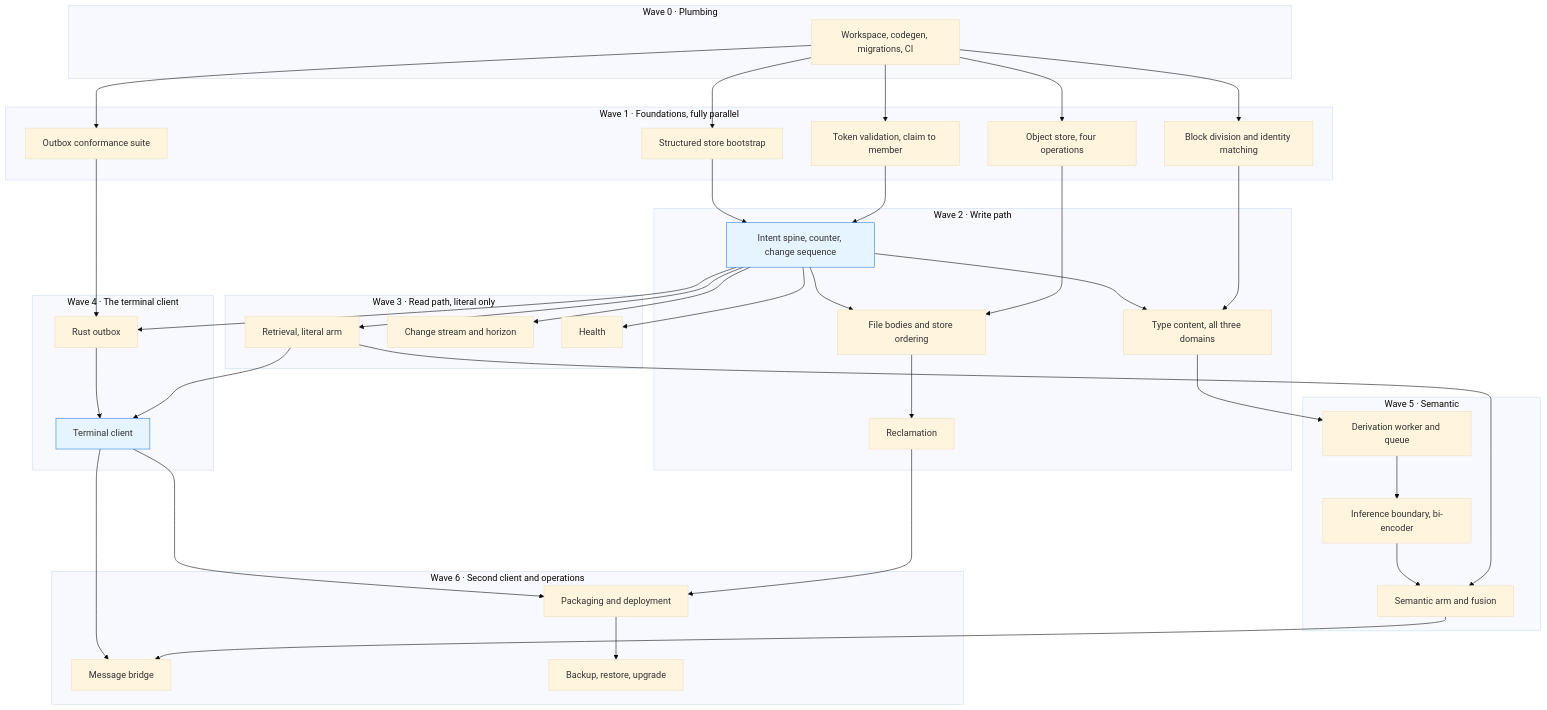
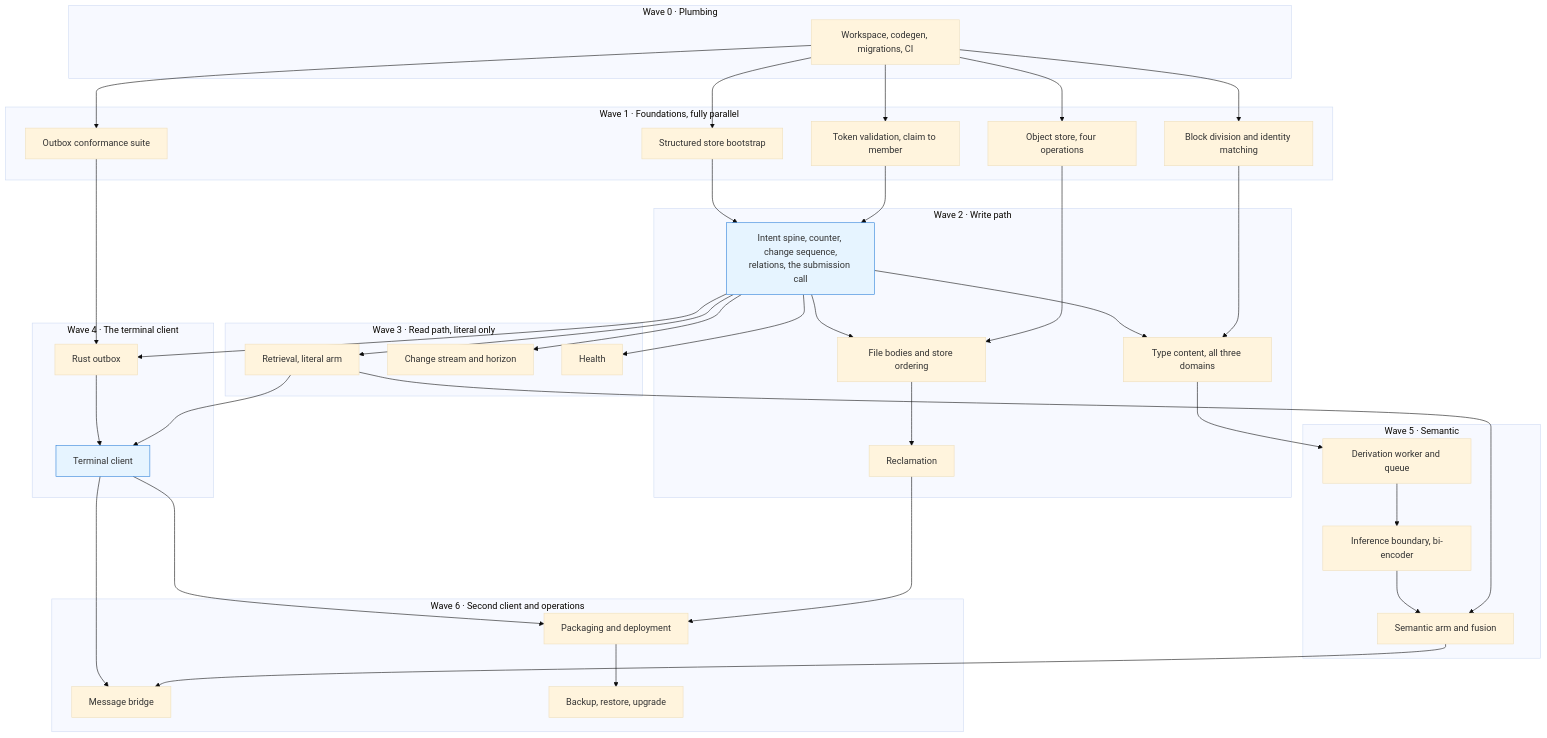
Before and after one commit to getaltair/altair: the diagram in docs/altair-v0-implementation-plan.md, drawn with Mermaid (base theme). The commit also changed other lines of this file and 1 other file, not shown here.

````diff
--- a/docs/altair-v0-implementation-plan.md
+++ b/docs/altair-v0-implementation-plan.md
@@ -44,81 +44,81 @@
 ```mermaid
 flowchart TB
     subgraph W0["Wave 0 · Plumbing"]
         G1["Workspace, codegen, migrations, CI"]
     end
 
     subgraph W1["Wave 1 · Foundations, fully parallel"]
         F1["Structured store bootstrap"]
         F2["Block division and identity matching"]
         F3["Object store, four operations"]
         F4["Token validation, claim to member"]
         F5["Outbox conformance suite"]
     end
 
     subgraph W2["Wave 2 · Write path"]
-        A1["Intent spine, counter, change sequence"]
+        A1["Intent spine, counter, change sequence,<br/>relations, the submission call"]
         A2["Type content, all three domains"]
         A3["File bodies and store ordering"]
         A4["Reclamation"]
     end
 
     subgraph W3["Wave 3 · Read path, literal only"]
         R1["Retrieval, literal arm"]
         R2["Change stream and horizon"]
         R3["Health"]
     end
 
     subgraph W4["Wave 4 · The terminal client"]
         C1["Rust outbox"]
         C2["Terminal client"]
     end
 
     subgraph W5["Wave 5 · Semantic"]
         S1["Derivation worker and queue"]
         S2["Inference boundary, bi-encoder"]
         S3["Semantic arm and fusion"]
     end
 
     subgraph W6["Wave 6 · Second client and operations"]
         O1["Message bridge"]
         O2["Packaging and deployment"]
         O3["Backup, restore, upgrade"]
     end
 
     G1 --> F1
     G1 --> F2
     G1 --> F3
     G1 --> F4
     G1 --> F5
 
     F1 --> A1
     F4 --> A1
     A1 --> A2
     A1 --> A3
     F2 --> A2
     F3 --> A3
     A3 --> A4
 
     A1 --> R1
     A1 --> R2
     A1 --> R3
 
     F5 --> C1
     A1 --> C1
     C1 --> C2
     R1 --> C2
 
     A2 --> S1
     S1 --> S2
     S2 --> S3
     R1 --> S3
 
     C2 --> O1
     S3 --> O1
     C2 --> O2
     A4 --> O2
     O2 --> O3
 
     style A1 fill:#e6f4ff,stroke:#2b7fd9
     style C2 fill:#e6f4ff,stroke:#2b7fd9
 ```
````
